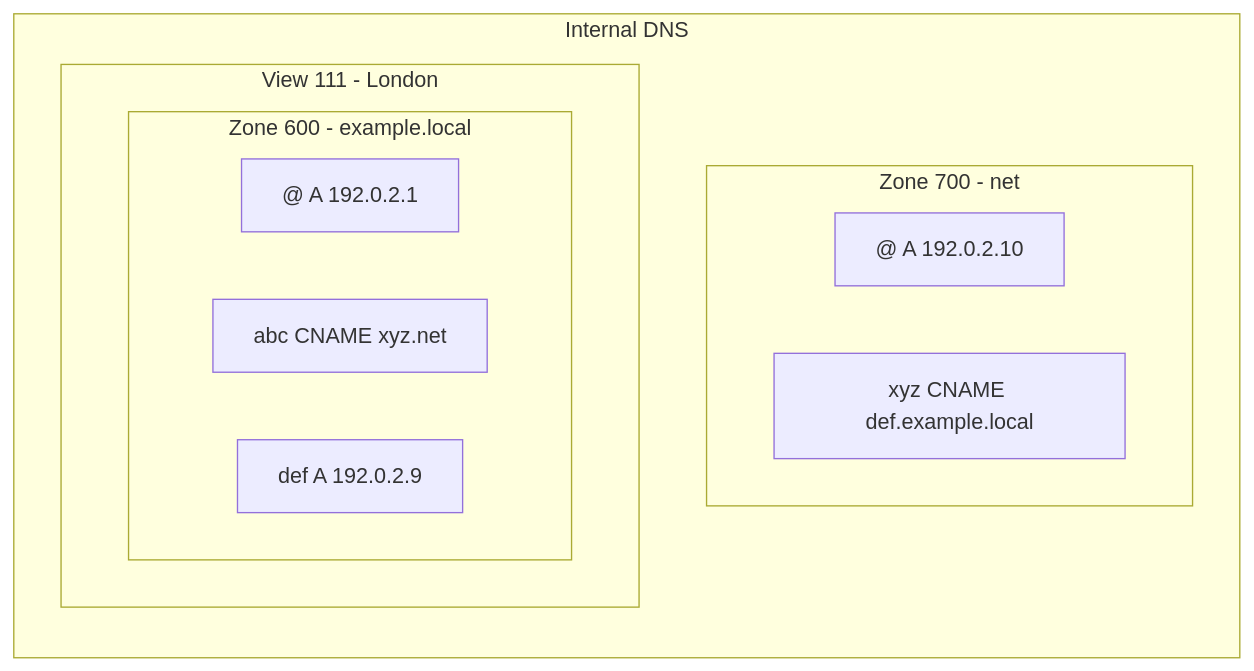
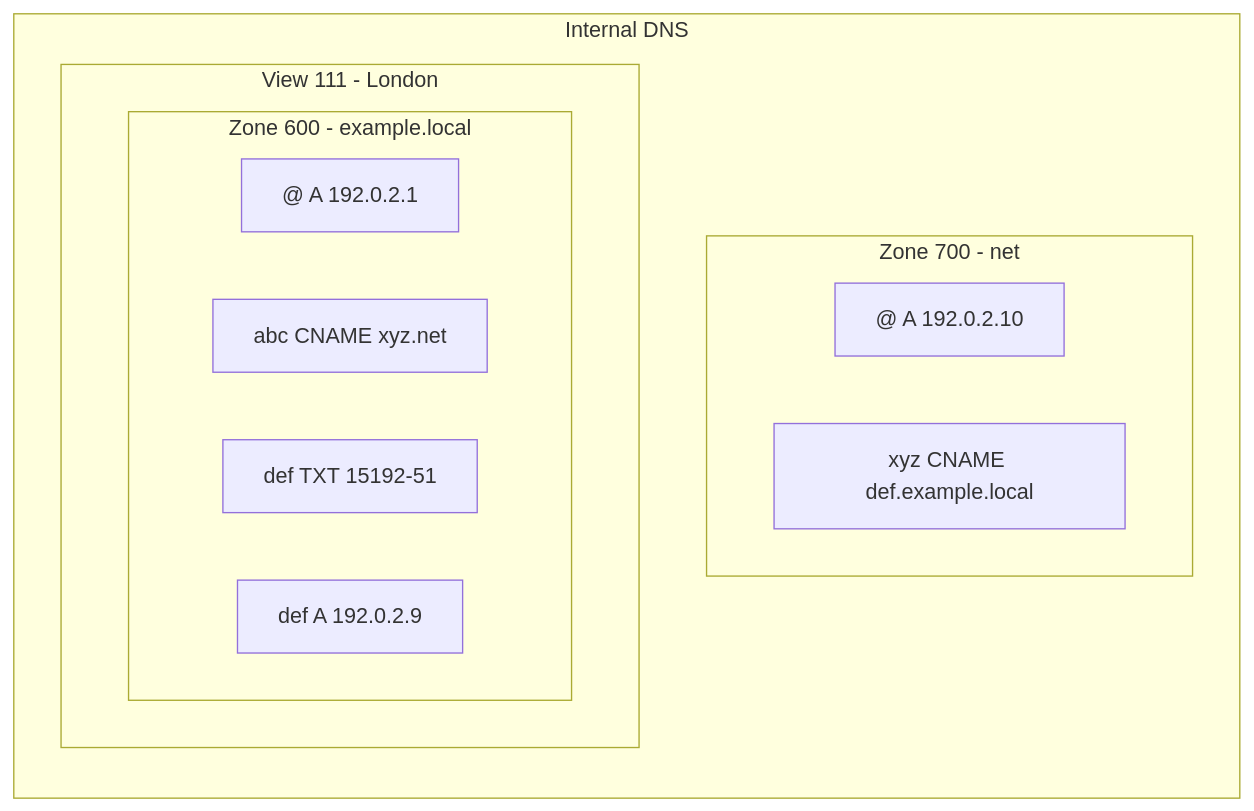
One commit to cloudflare/cloudflare-docs changed the diagram in src/content/docs/dns/internal-dns/internal-zones/internal-dns-records.mdx. Above: the diagram before and after it, drawn with Mermaid. The commit also changed other lines of this file, not shown here.

````diff
--- a/src/content/docs/dns/internal-dns/internal-zones/internal-dns-records.mdx
+++ b/src/content/docs/dns/internal-dns/internal-zones/internal-dns-records.mdx
@@ -28,19 +28,20 @@
 ```mermaid
 flowchart LR
 accTitle: Internal DNS zones and CNAME flattening example
 accDescr: Diagram exemplifying Internal DNS zones and containing CNAME and A records
 
 subgraph Internal DNS
 subgraph Zone 700 - net
 A["@ A 192.0.2.10"]
 B["xyz CNAME def.example.local"]
 end
 subgraph View 111 - London
 subgraph Zone 600 - example.local
 X["@ A 192.0.2.1"]
 Y["abc CNAME xyz.net"]
+U["def TXT 15192-51"]
 Z["def A 192.0.2.9"]
 end
 end
 end
 ```
````
